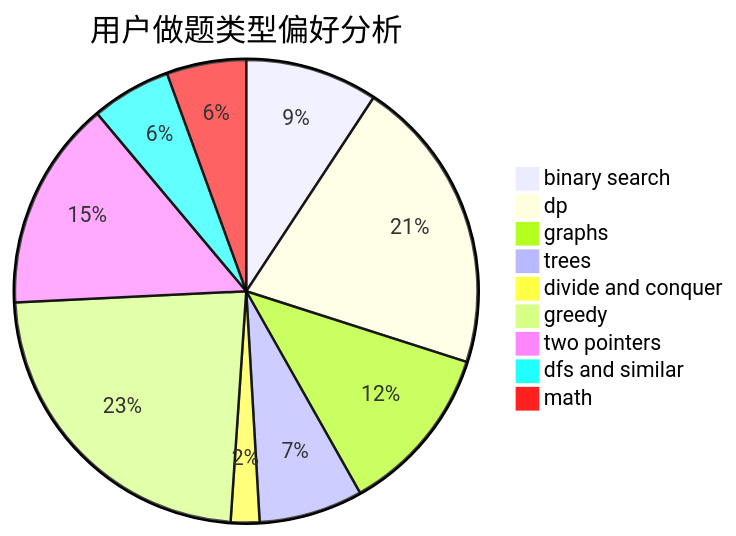
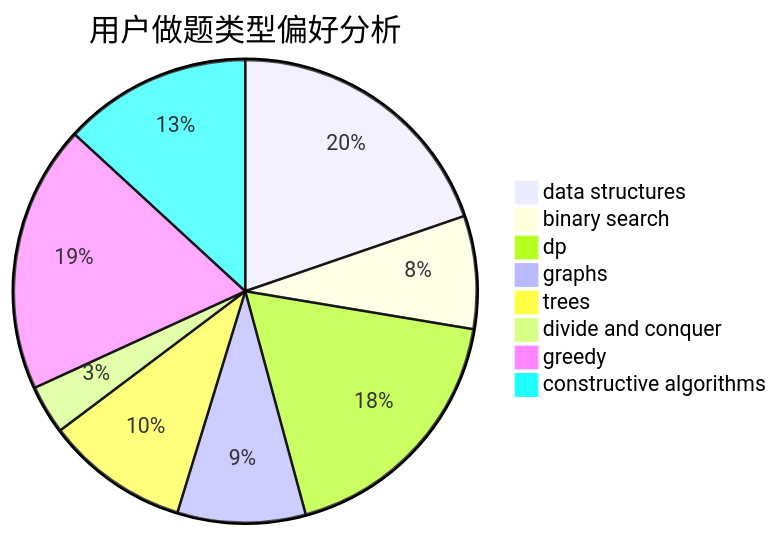
Before and after one commit to sherpahu/cfrs.github.io: the second of 3 diagrams in docs/user/u1716.md, drawn with Mermaid. The commit also changed other lines of this file and 2775 other files, not shown here.

````diff
--- a/docs/user/u1716.md
+++ b/docs/user/u1716.md
@@ -23,12 +23,11 @@
 ```mermaid
 pie title 用户做题类型偏好分析
-    "binary search" :  60
-    "dp" :  134
-    "graphs" :  77
-    "trees" :  47
+    "data structures" :  75
+    "binary search" :  30
+    "dp" :  69
+    "graphs" :  34
+    "trees" :  38
     "divide and conquer" :  13
-    "greedy" :  150
-    "two pointers" :  95
-    "dfs and similar" :  36
-    "math" :  36
+    "greedy" :  71
+    "constructive algorithms" :  50
 ```
````
